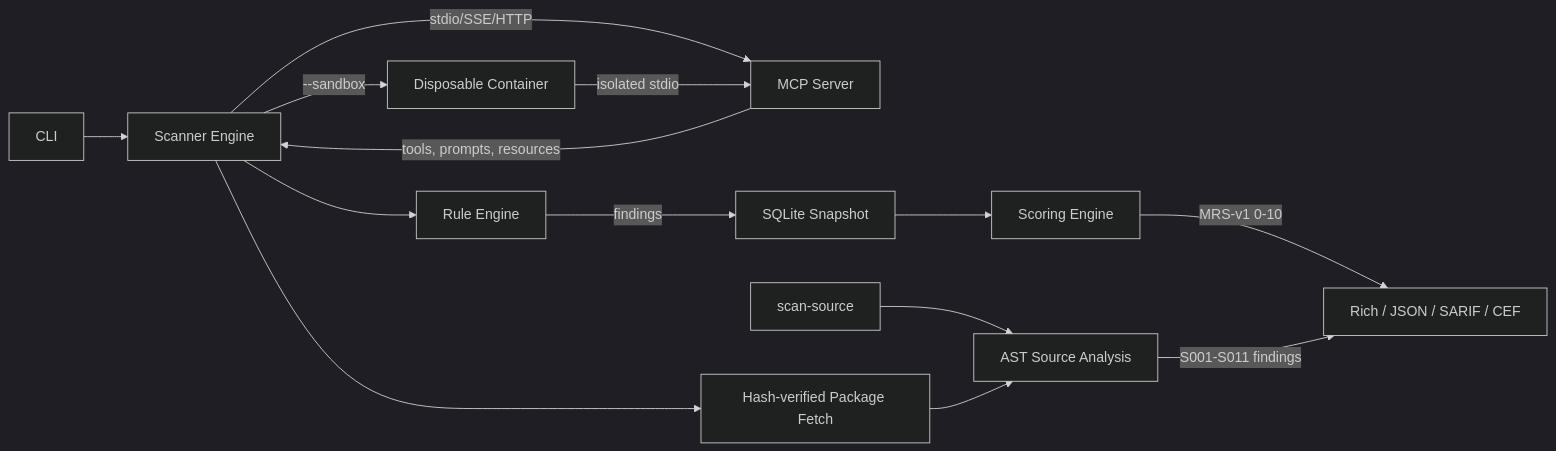
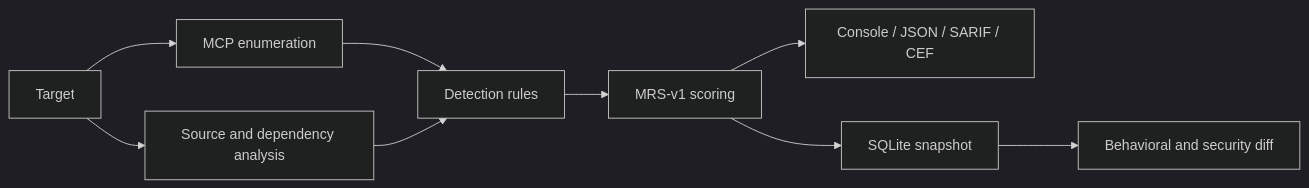
Before and after one commit to yatuk/mcpradar: the diagram in README.md, drawn with Mermaid (dark theme). The commit also changed other lines of this file and 4 other files, not shown here.

````diff
--- a/README.md
+++ b/README.md
@@ -132,16 +128,11 @@
 ```mermaid
-graph LR
-    A[CLI] --> B[Scanner Engine]
-    B -->|stdio/SSE/HTTP| C[MCP Server]
-    C -->|tools, prompts, resources| B
-    B --> D[Rule Engine]
-    D -->|findings| E[SQLite Snapshot]
-    E --> F[Scoring Engine]
-    F -->|MRS-v1 0-10| G[Rich / JSON / SARIF / CEF]
-    B -->|--sandbox| H[Disposable Container]
-    H -->|isolated stdio| C
-    A2[scan-source] --> S[AST Source Analysis]
-    S -->|S001-S011 findings| G
-    B --> P[Hash-verified Package Fetch]
-    P --> S
+flowchart LR
+    A[Target] --> B[MCP enumeration]
+    A --> C[Source and dependency analysis]
+    B --> D[Detection rules]
+    C --> D
+    D --> E[MRS-v1 scoring]
+    E --> F[Console / JSON / SARIF / CEF]
+    E --> G[SQLite snapshot]
+    G --> H[Behavioral and security diff]
 ```
````
